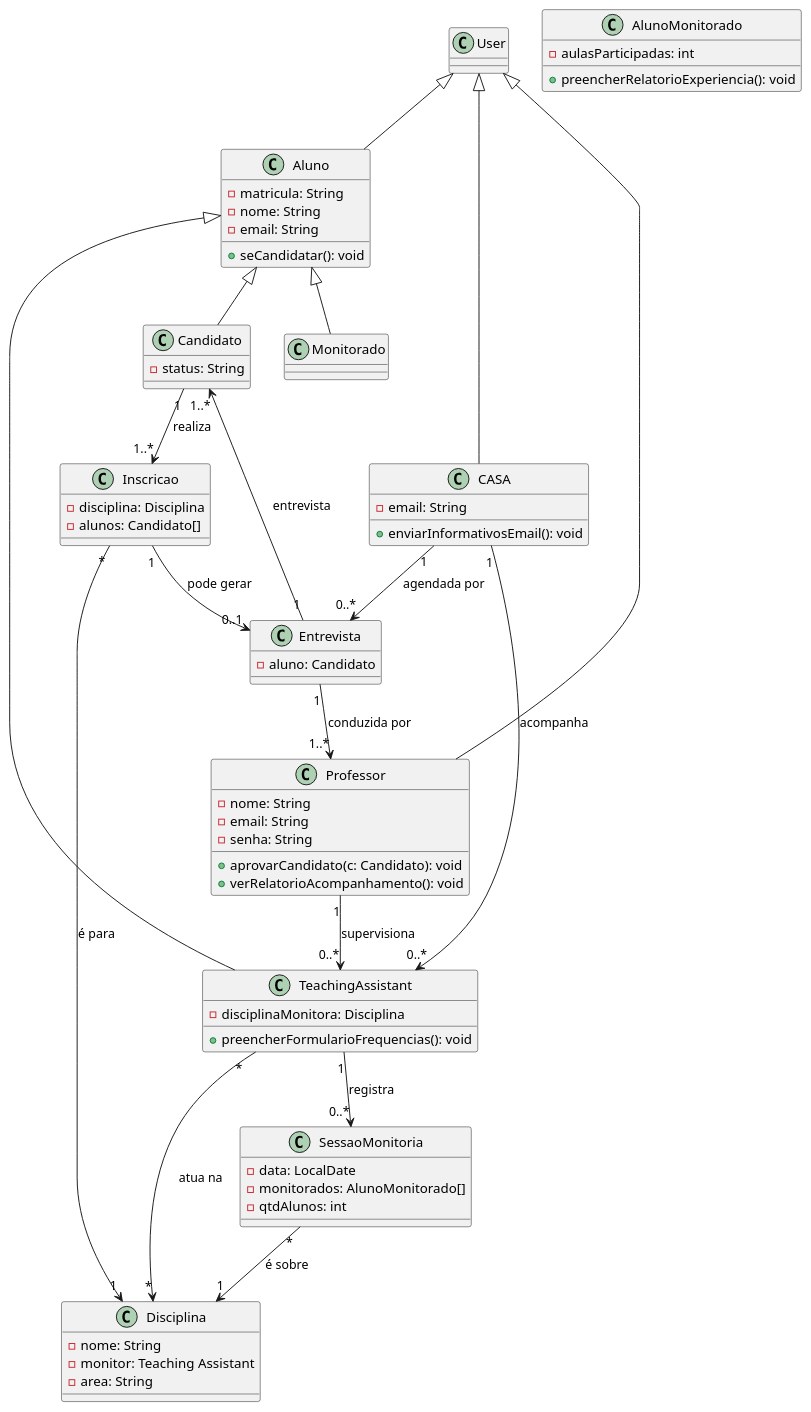
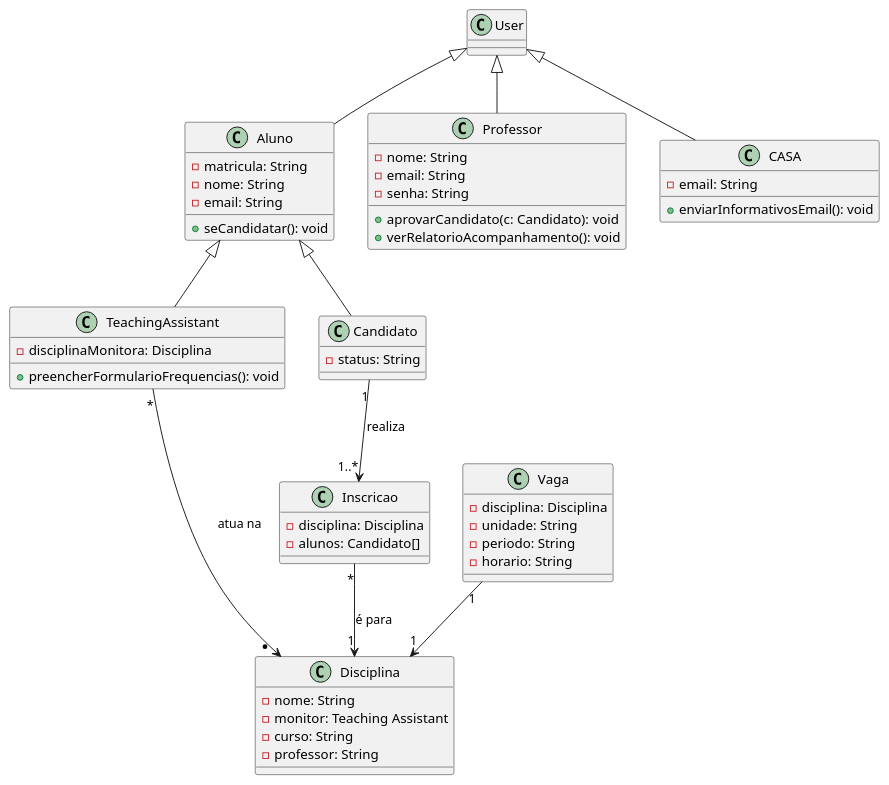
One commit to Projetos-de-Extensao/PBE_25.2_8004_Pioneiros changed the diagram in docs/Elaboracao/diagramaDeClasses.puml. Above: the diagram before and after it, drawn with PlantUML. The commit also changed 17 other files, not shown here.

```diff
--- a/docs/Elaboracao/diagramaDeClasses.puml
+++ b/docs/Elaboracao/diagramaDeClasses.puml
@@ -1,88 +1,101 @@
 @startuml
 
 ' Definição das classes
 class User 
 class Aluno {
     - matricula: String
     - nome: String
     - email: String
 
     + seCandidatar(): void
 }
 class Professor {
     - nome: String
     - email: String
     - senha: String
 
     + aprovarCandidato(c: Candidato): void
     + verRelatorioAcompanhamento(): void
 
 }
 class CASA {
     - email: String
     
     + enviarInformativosEmail(): void
 }
 
 class Candidato {
     - status: String
 }
-class AlunoMonitorado {
-    - aulasParticipadas: int
+' class AlunoMonitorado {
+'     - aulasParticipadas: int
 
-    + preencherRelatorioExperiencia(): void
-}
+'     + preencherRelatorioExperiencia(): void
+' }
 
 class TeachingAssistant {
     - disciplinaMonitora: Disciplina
 
     + preencherFormularioFrequencias(): void
 }
 
 class Disciplina {
     - nome: String
     - monitor: Teaching Assistant
-    - area: String
+    - curso: String
+    - professor: String
 }
+
 class Inscricao {
     - disciplina: Disciplina
     - alunos: Candidato[]
 }
-class Entrevista {
-    - aluno: Candidato
+
+class Vaga {
+    - disciplina: Disciplina
+    - unidade: String
+    - periodo: String
+    - horario: String
 }
-class SessaoMonitoria {
-    - data: LocalDate
-    - monitorados: AlunoMonitorado[]
-    - qtdAlunos: int
 
-}
+' class Entrevista {
+'     - aluno: Candidato
+' }
+
+' class SessaoMonitoria {
+'     - data: LocalDate
+'     - monitorados: AlunoMonitorado[]
+'     - qtdAlunos: int
+' }
 
 ' Relacionamentos de Herança (Generalização)
 ' Um Aluno, Professor e CASA são tipos de Usuário.
 User <|-down- Aluno
 User <|-down- Professor
 User <|-down- CASA
 
-' Candidato, Monitor e TA são papéis/especializações de um Aluno.
+
 Aluno <|-down- Candidato
-Aluno <|-down- Monitorado
+' Aluno <|-down- Monitorado
 Aluno <|-down- TeachingAssistant
+Candidato <-[hidden]left- TeachingAssistant
 
-' Relacionamentos de Associação com Multiplicidade
-' O fluxo de inscrição e entrevista
+' Aluno <-[hidden]left- Professor
+' Aluno <-[hidden]left- CASA
+
+Vaga "1" --> "1" Disciplina
 Candidato "1" --> "1..*" Inscricao : realiza
 Inscricao "*" --> "1" Disciplina : é para
-Inscricao "1" --> "0..1" Entrevista : pode gerar
-Entrevista "1" --> "1..*" Candidato : entrevista
-Entrevista "1" --> "1..*" Professor : conduzida por
-CASA "1" --> "0..*" Entrevista : agendada por
+' Inscricao "1" --> "0..1" Entrevista : pode gerar
+' Entrevista "1" --> "1..*" Candidato : entrevista
+' Entrevista "1" --> "1..*" Professor : conduzida por
+' CASA "1" --> "0..*" Entrevista : agendada por
 
 ' O fluxo de monitoria e acompanhamento
-TeachingAssistant "*" --> "*" Disciplina : atua na
-TeachingAssistant "1" --> "0..*" SessaoMonitoria : registra
-SessaoMonitoria "*" --> "1" Disciplina : é sobre
-Professor "1" --> "0..*" TeachingAssistant : supervisiona
-CASA "1" --> "0..*" TeachingAssistant : acompanha
+TeachingAssistant "*" --> "*  " Disciplina : atua na
+' TeachingAssistant "1" --> "0..*" SessaoMonitoria : registra
+' SessaoMonitoria "*" --> "1" Disciplina : é sobre
+' Professor "1" --> "0..*" TeachingAssistant : supervisiona
+' CASA "1" --> "0..*" TeachingAssistant : acompanha
 
 @enduml
```
